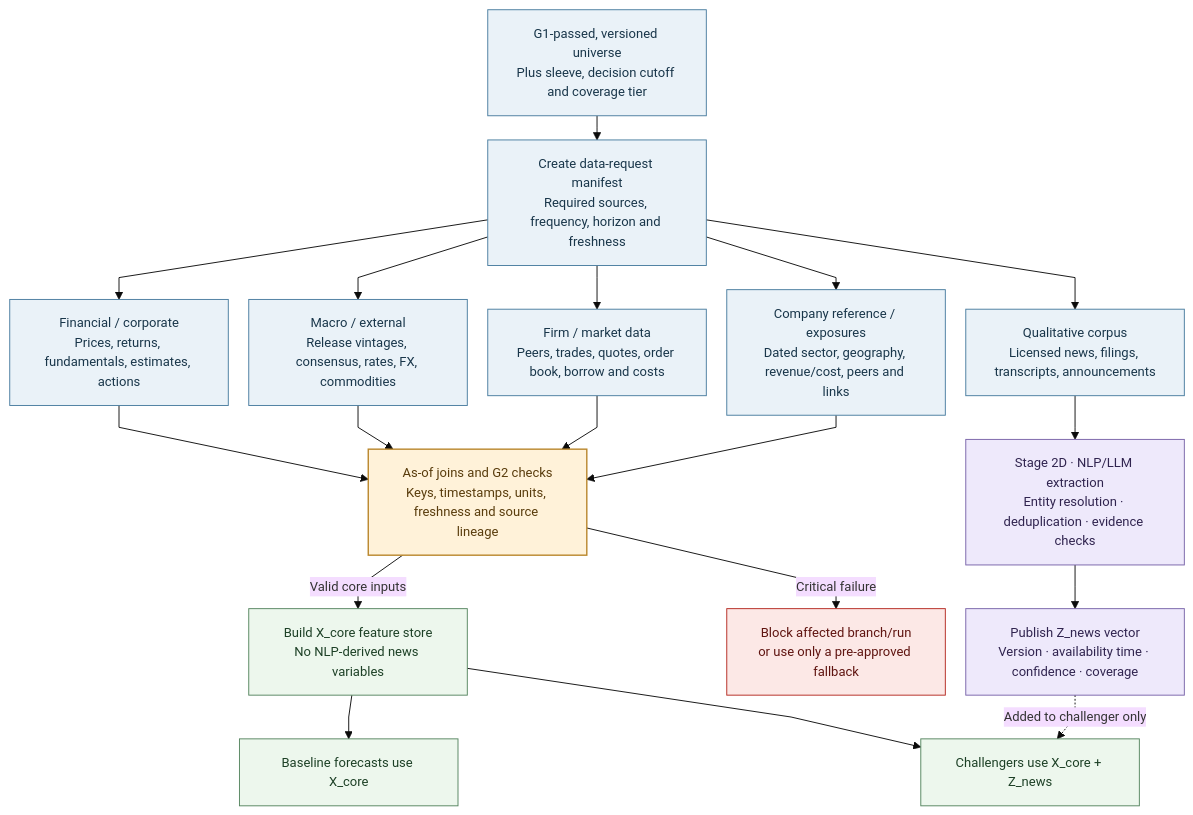
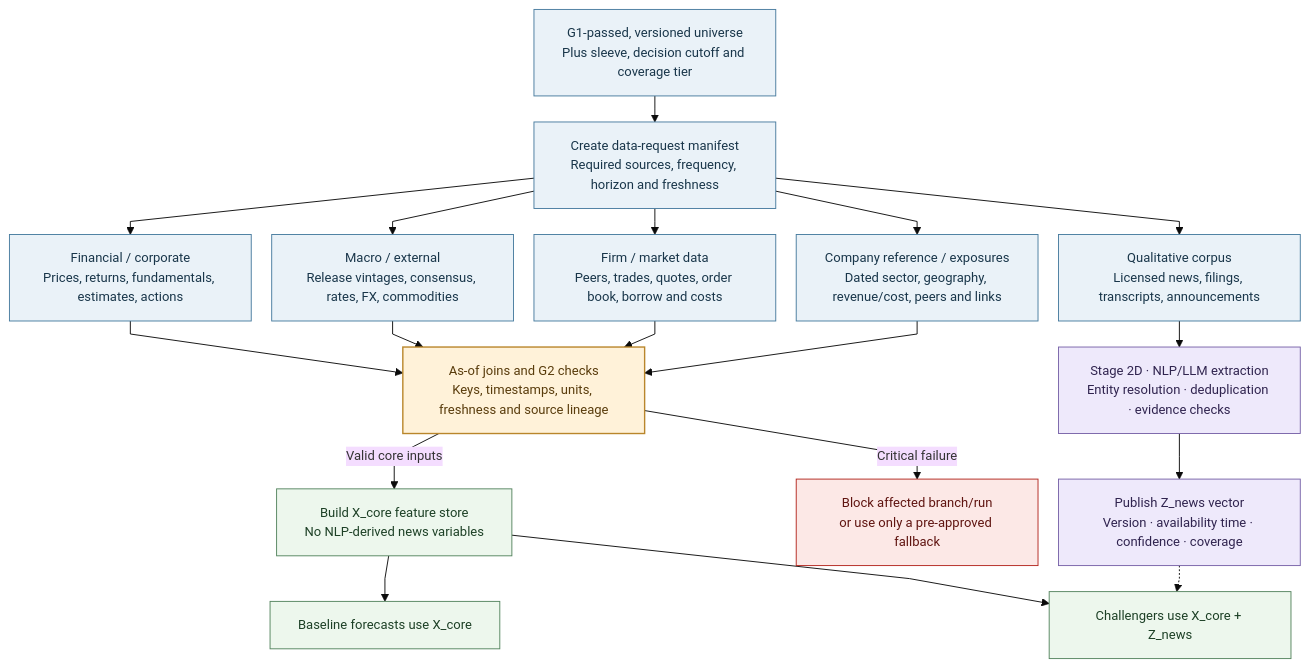
One commit to dannysilverio6-creator/AQP---LSEG changed the second of 15 diagrams in docs/AQP OVERVIEW.md. Above: the diagram before and after it, drawn with Mermaid. The commit also changed other lines of this file, not shown here.

````diff
--- a/docs/AQP OVERVIEW.md
+++ b/docs/AQP OVERVIEW.md
@@ -157,32 +158,32 @@
 ```mermaid
-%%{init: {"theme": "base", "flowchart": {"nodeSpacing": 22, "rankSpacing": 26, "wrappingWidth": 175, "diagramPadding": 18, "curve": "linear"}, "themeVariables": {"fontSize": "14px"}}}%%
+%%{init: {"theme": "base", "flowchart": {"nodeSpacing": 22, "rankSpacing": 28, "curve": "linear"}, "themeVariables": {"fontSize": "14px"}}}%%
 flowchart TB
     U["G1-passed, versioned universe<br/>Plus sleeve, decision cutoff and coverage tier"] --> MANIFEST["Create data-request manifest<br/>Required sources, frequency, horizon and freshness"]
     MANIFEST --> FIN["Financial / corporate<br/>Prices, returns, fundamentals, estimates, actions"]
     MANIFEST --> MACRO["Macro / external<br/>Release vintages, consensus, rates, FX, commodities"]
     MANIFEST --> MICRO["Firm / market data<br/>Peers, trades, quotes, order book, borrow and costs"]
     MANIFEST --> REF["Company reference / exposures<br/>Dated sector, geography, revenue/cost, peers and links"]
     MANIFEST --> TEXT["Qualitative corpus<br/>Licensed news, filings, transcripts, announcements"]
 
     FIN --> QC["As-of joins and G2 checks<br/>Keys, timestamps, units, freshness and source lineage"]
     MACRO --> QC
     MICRO --> QC
     REF --> QC
     QC -->|Valid core inputs| CORE["Build X_core feature store<br/>No NLP-derived news variables"]
     QC -->|Critical failure| STOP["Block affected branch/run<br/>or use only a pre-approved fallback"]
     TEXT --> NLP["Stage 2D · NLP/LLM extraction<br/>Entity resolution · deduplication · evidence checks"]
     NLP --> Z["Publish Z_news vector<br/>Version · availability time · confidence · coverage"]
     CORE --> BASE["Baseline forecasts use X_core"]
     CORE --> CHAL["Challengers use X_core + Z_news"]
-    Z -. "Added to challenger only" .-> CHAL
+    Z -.-> CHAL
     classDef data fill:#eaf2f8,stroke:#477b9e,color:#19364a;
     classDef model fill:#edf7ed,stroke:#54845e,color:#1d4026;
     classDef news fill:#eee9fb,stroke:#7762a8,color:#30244f;
     classDef gate fill:#fff2d9,stroke:#b9862b,color:#593c0c,stroke-width:1.5px;
     classDef stop fill:#fce8e6,stroke:#b3261e,color:#5f1410;
     class U,MANIFEST,FIN,MACRO,MICRO,REF,TEXT data;
     class CORE,BASE,CHAL model;
     class NLP,Z news;
     class QC gate;
     class STOP stop;
 ```
````
